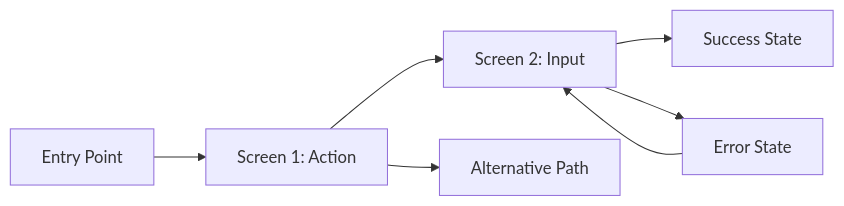
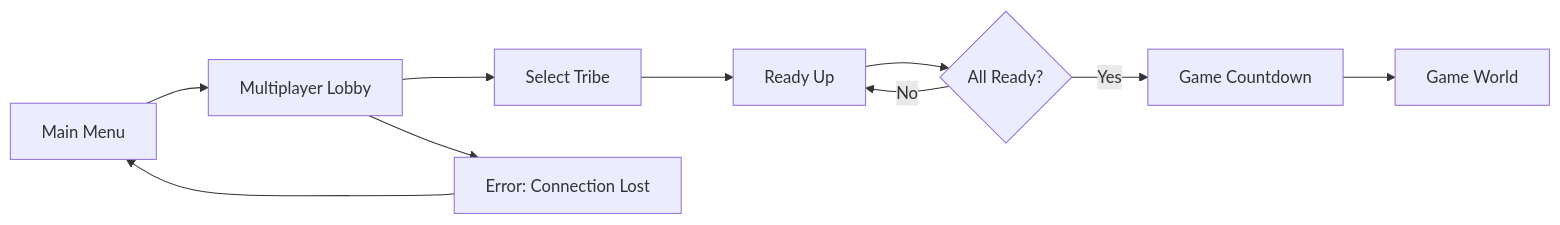
Before and after one commit to frostaura/ai.toolkit.gaia: the first of 4 diagrams in .gaia/designs/4-frontend.md, drawn with Mermaid. The commit also changed other lines of this file and 90 other files, not shown here.

Commit message:
feat(5.1): major refactor and rearchitecting agent network.

````diff
--- a/.gaia/designs/4-frontend.md
+++ b/.gaia/designs/4-frontend.md
@@ -26,9 +26,12 @@
 ```mermaid
 graph LR
-    A[Entry Point] --> B[Screen 1: Action]
-    B --> C[Screen 2: Input]
-    C --> D[Success State]
-    B --> E[Alternative Path]
-    C --> F[Error State]
-    F --> C
+    A[Main Menu] --> B[Multiplayer Lobby]
+    B --> C[Select Tribe]
+    C --> D[Ready Up]
+    D --> E{All Ready?}
+    E -->|Yes| F[Game Countdown]
+    E -->|No| D
+    F --> G[Game World]
+    B --> H[Error: Connection Lost]
+    H --> A
 ```
````
